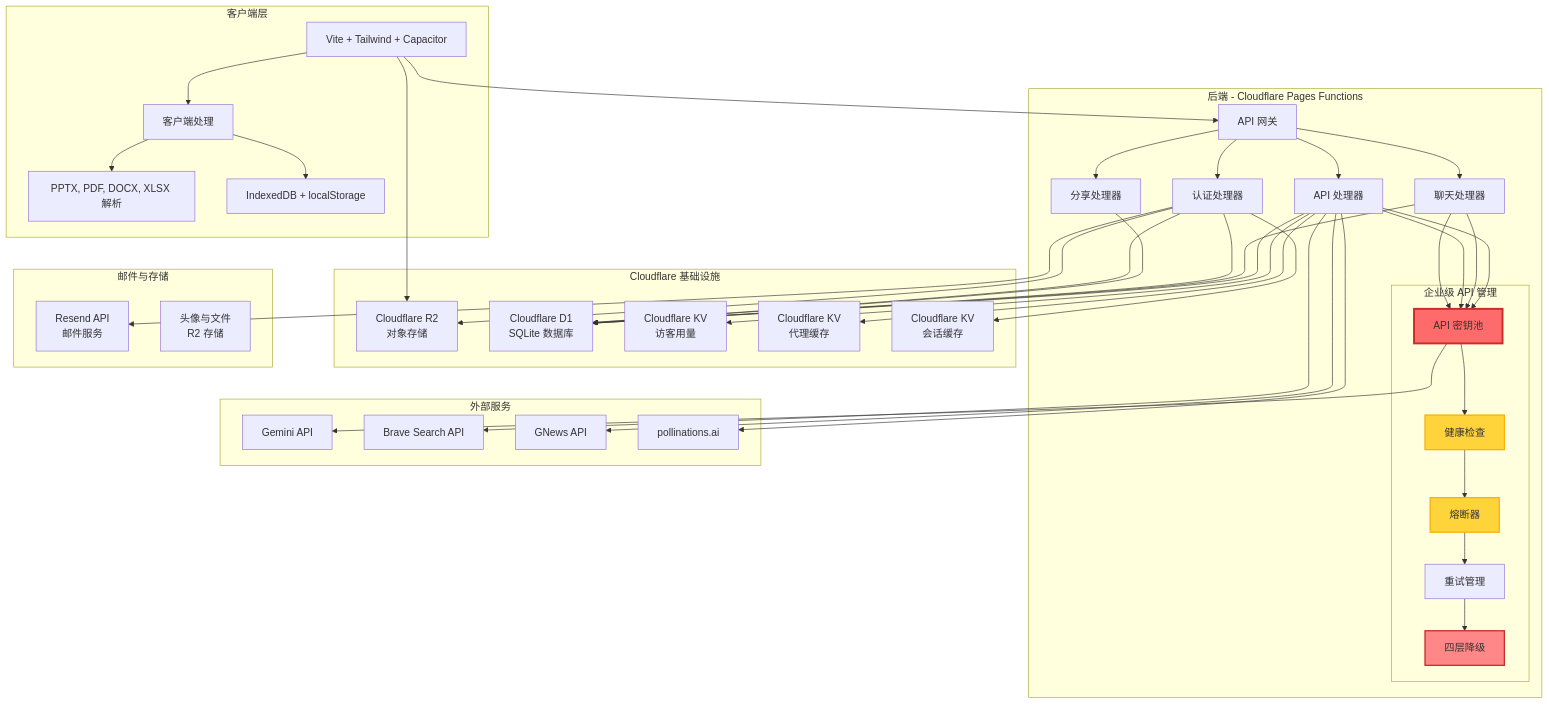
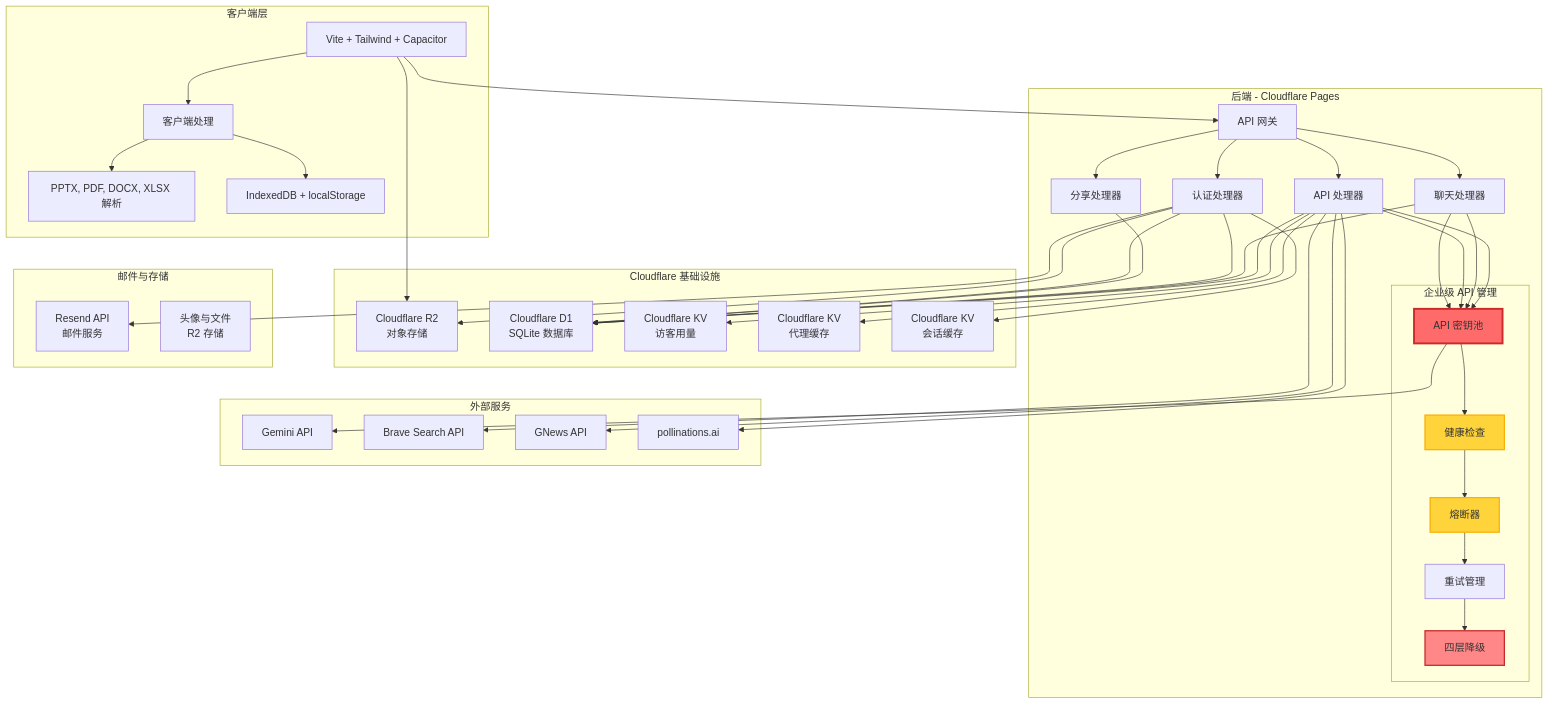
One commit to PandaSI-Labs/littleaibox changed the diagram in docs/README.zh-CN.md. Above: the diagram before and after it, drawn with Mermaid. The commit also changed other lines of this file and 3 other files, not shown here.

```diff
--- a/docs/README.zh-CN.md
+++ b/docs/README.zh-CN.md
@@ -138,7 +138,7 @@
         H --> J
     end
     
-    subgraph "后端 - Cloudflare Pages Functions"
+    subgraph "后端 - Cloudflare Pages"
         B[API 网关]
         B1[认证处理器]
         B2[聊天处理器]
```
